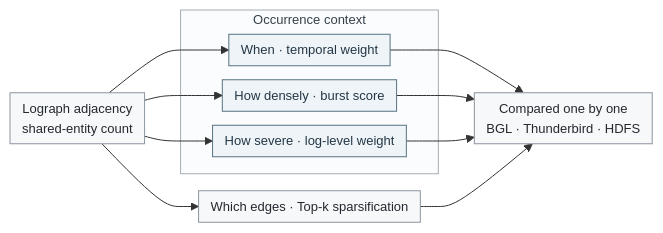
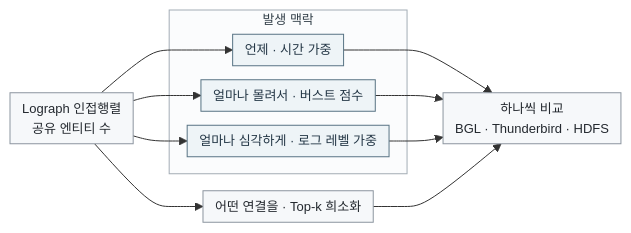
Before and after one commit to prosild/prosild: the first of 2 diagrams in README.md, drawn with Mermaid. The commit also changed other lines of this file, not shown here.

````diff
--- a/README.md
+++ b/README.md
@@ -66,31 +114,31 @@
 ```mermaid
 %%{init: {"flowchart": {"nodeSpacing": 14, "rankSpacing": 36, "padding": 6}, "themeVariables": {"fontSize": "13px"}}}%%
 flowchart LR
-    A["Lograph adjacency<br/>shared-entity count"]
+    A["Lograph 인접행렬<br/>공유 엔티티 수"]
 
-    subgraph C["Occurrence context"]
-        T["When · temporal weight"]
-        B["How densely · burst score"]
-        L["How severe · log-level weight"]
+    subgraph C["발생 맥락"]
+        T["언제 · 시간 가중"]
+        B["얼마나 몰려서 · 버스트 점수"]
+        L["얼마나 심각하게 · 로그 레벨 가중"]
     end
 
-    K["Which edges · Top-k sparsification"]
+    K["어떤 연결을 · Top-k 희소화"]
 
     A --> T
     A --> B
     A --> L
     A --> K
 
     T --> E
     B --> E
     L --> E
     K --> E
 
-    E["Compared one by one<br/>BGL · Thunderbird · HDFS"]
+    E["하나씩 비교<br/>BGL · Thunderbird · HDFS"]
 
     classDef base fill:#f6f8fa,stroke:#8c959f,color:#24292f;
     classDef ctx fill:#eef4f7,stroke:#587384,color:#243746;
     class A,E,K base;
     class T,B,L ctx;
     style C fill:#fbfcfd,stroke:#a3adb5,color:#34404a;
 ```
````
